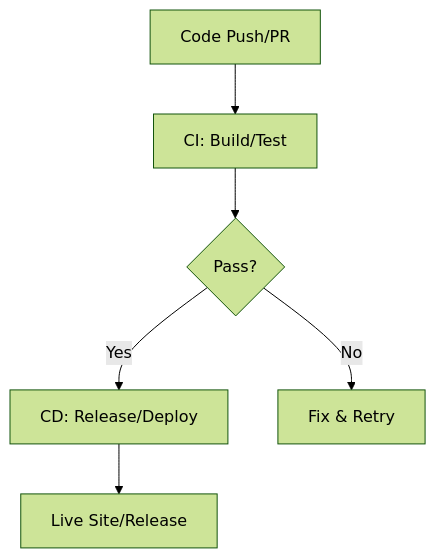
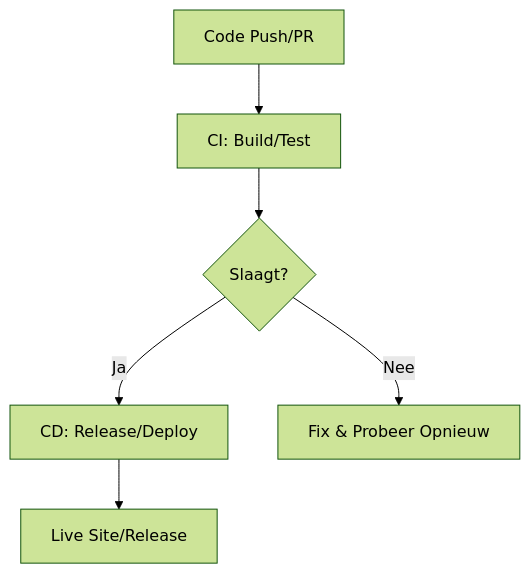
The diagram in docs/theory/cicd.md (JonasCruzMartinez/devops-workshop-vitepress), drawn with Mermaid (forest theme) before and after one commit. The commit also changed other lines of this file and 25 other files, not shown here.

````diff
--- a/docs/theory/cicd.md
+++ b/docs/theory/cicd.md
@@ -14,8 +69,8 @@
 ```mermaid
 graph TD
   A[Code Push/PR] --> B[CI: Build/Test]
-  B --> C{Pass?}
-  C -->|Yes| D[CD: Release/Deploy]
-  C -->|No| E[Fix & Retry]
+  B --> C{Slaagt?}
+  C -->|Ja| D[CD: Release/Deploy]
+  C -->|Nee| E[Fix & Probeer Opnieuw]
   D --> F[Live Site/Release]
 ```
````
